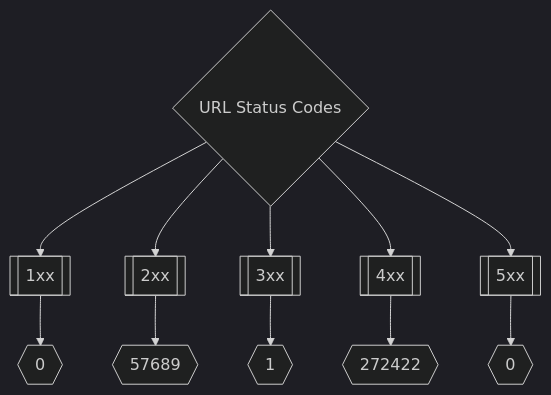
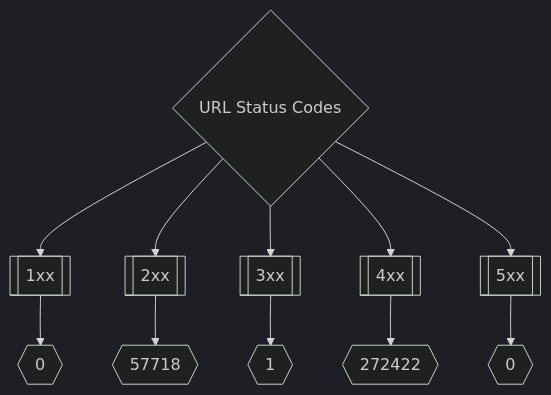
Before and after one commit to trickest/inventory: the second of 3 diagrams in README.md, drawn with Mermaid (dark theme). The commit also changed other lines of this file, not shown here.

````diff
--- a/README.md
+++ b/README.md
@@ -173,8 +173,8 @@
 ```mermaid
 graph TD
 title{URL Status Codes} --> 1xx[[1xx]] --> status1xxNum{{0}}
-title --> 2xx[[2xx]] --> status2xxNum{{57689}}
+title --> 2xx[[2xx]] --> status2xxNum{{57718}}
 title --> 3xx[[3xx]] --> status3xxNum{{1}}
 title --> 4xx[[4xx]] --> status4xxNum{{272422}}
 title --> 5xx[[5xx]] --> status5xxNum{{0}}
 ```
````
